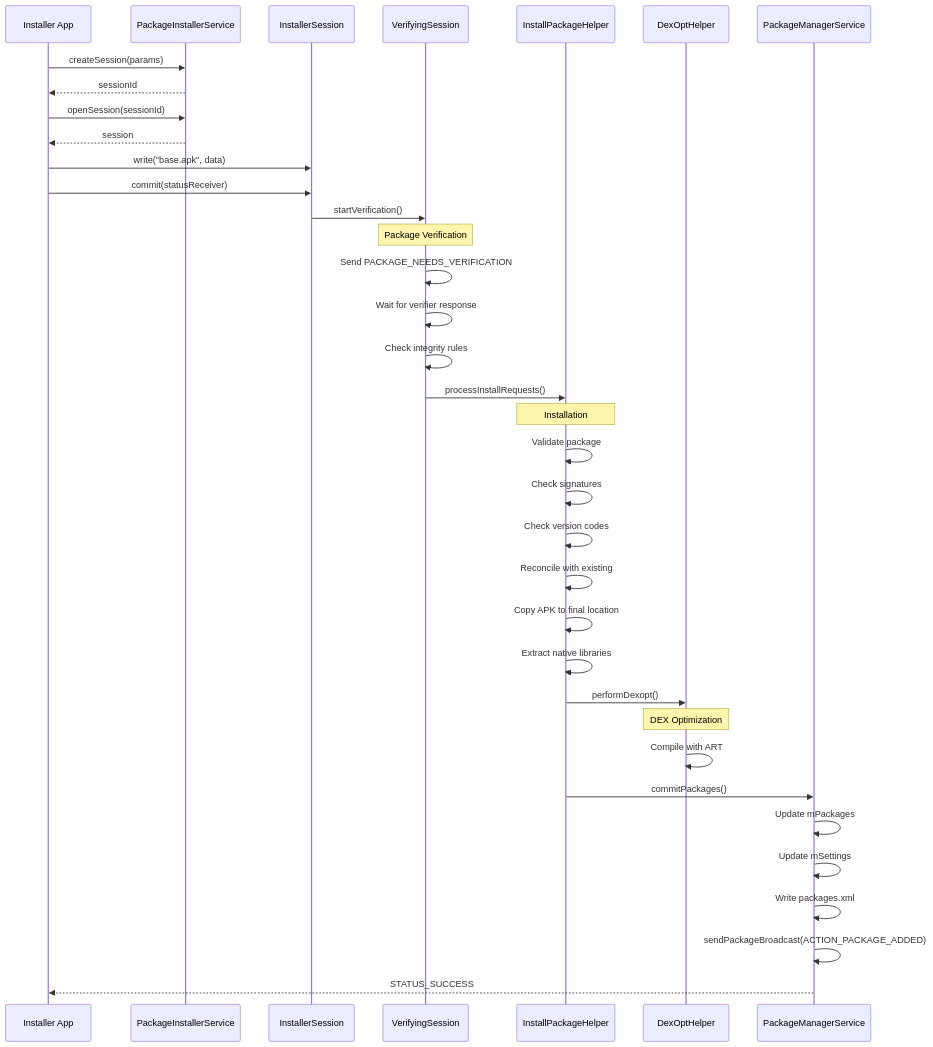
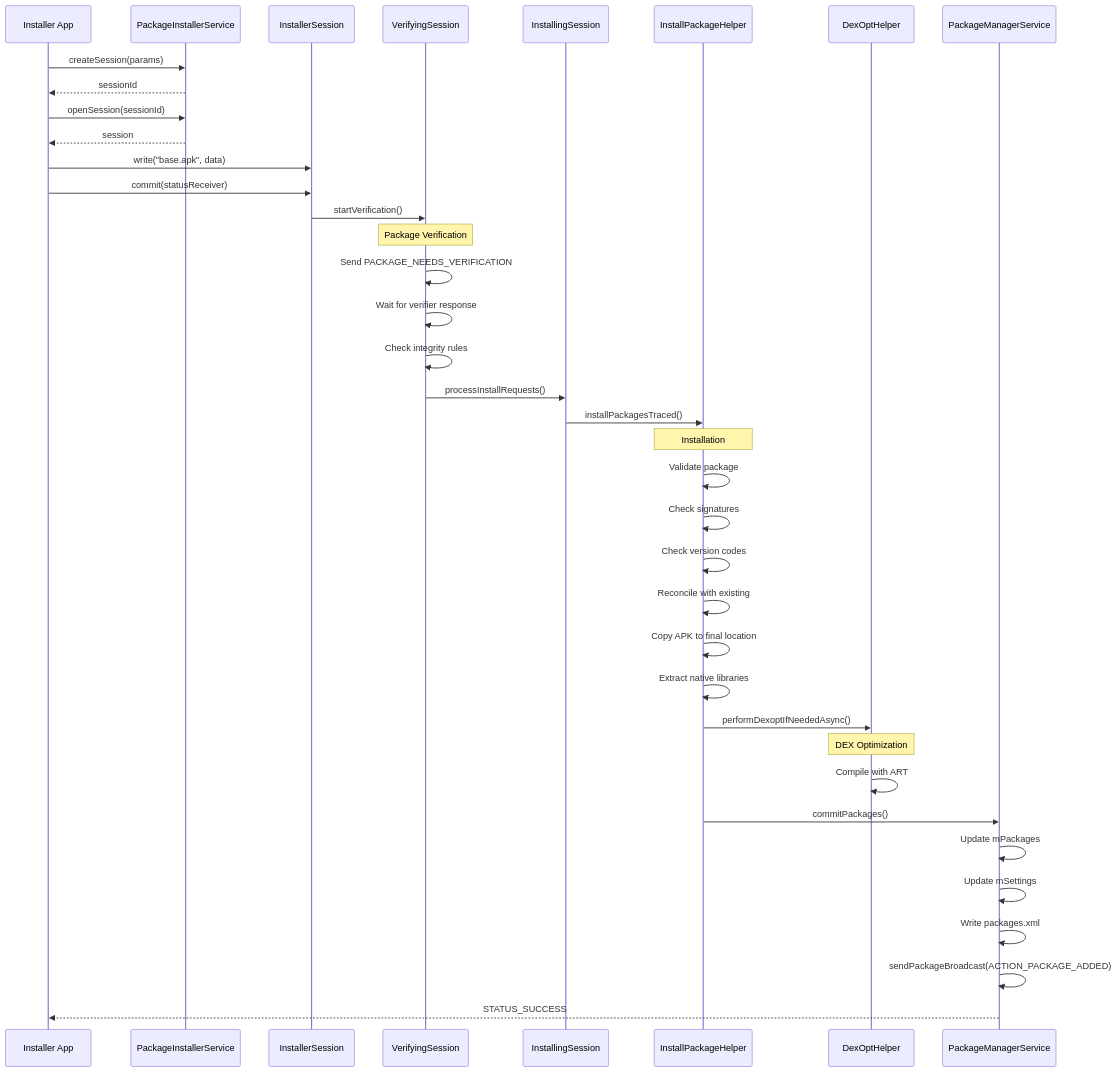
Before and after one commit to aospbooks/aosp-internal-book: the tenth of 28 diagrams in agents/claude/skills/aosp-framework-services/26-package-manager.md, drawn with Mermaid. The commit also changed other lines of this file and 218 other files, not shown here.

````diff
--- a/agents/claude/skills/aosp-framework-services/26-package-manager.md
+++ b/agents/claude/skills/aosp-framework-services/26-package-manager.md
@@ -1454,49 +1463,51 @@
 ```mermaid
 sequenceDiagram
     participant App as Installer App
     participant PIS as PackageInstallerService
     participant Session as InstallerSession
     participant Verify as VerifyingSession
+    participant IS as InstallingSession
     participant IPH as InstallPackageHelper
     participant Dex as DexOptHelper
     participant PMS as PackageManagerService
 
     App->>PIS: createSession(params)
     PIS-->>App: sessionId
 
     App->>PIS: openSession(sessionId)
     PIS-->>App: session
 
     App->>Session: write("base.apk", data)
     App->>Session: commit(statusReceiver)
 
     Session->>Verify: startVerification()
 
     Note over Verify: Package Verification
     Verify->>Verify: Send PACKAGE_NEEDS_VERIFICATION
     Verify->>Verify: Wait for verifier response
     Verify->>Verify: Check integrity rules
 
-    Verify->>IPH: processInstallRequests()
+    Verify->>IS: processInstallRequests()
+    IS->>IPH: installPackagesTraced()
 
     Note over IPH: Installation
     IPH->>IPH: Validate package
     IPH->>IPH: Check signatures
     IPH->>IPH: Check version codes
     IPH->>IPH: Reconcile with existing
     IPH->>IPH: Copy APK to final location
     IPH->>IPH: Extract native libraries
 
-    IPH->>Dex: performDexopt()
+    IPH->>Dex: performDexoptIfNeededAsync()
 
     Note over Dex: DEX Optimization
     Dex->>Dex: Compile with ART
 
     IPH->>PMS: commitPackages()
     PMS->>PMS: Update mPackages
     PMS->>PMS: Update mSettings
     PMS->>PMS: Write packages.xml
 
     PMS->>PMS: sendPackageBroadcast(ACTION_PACKAGE_ADDED)
     PMS-->>App: STATUS_SUCCESS
 ```
````
